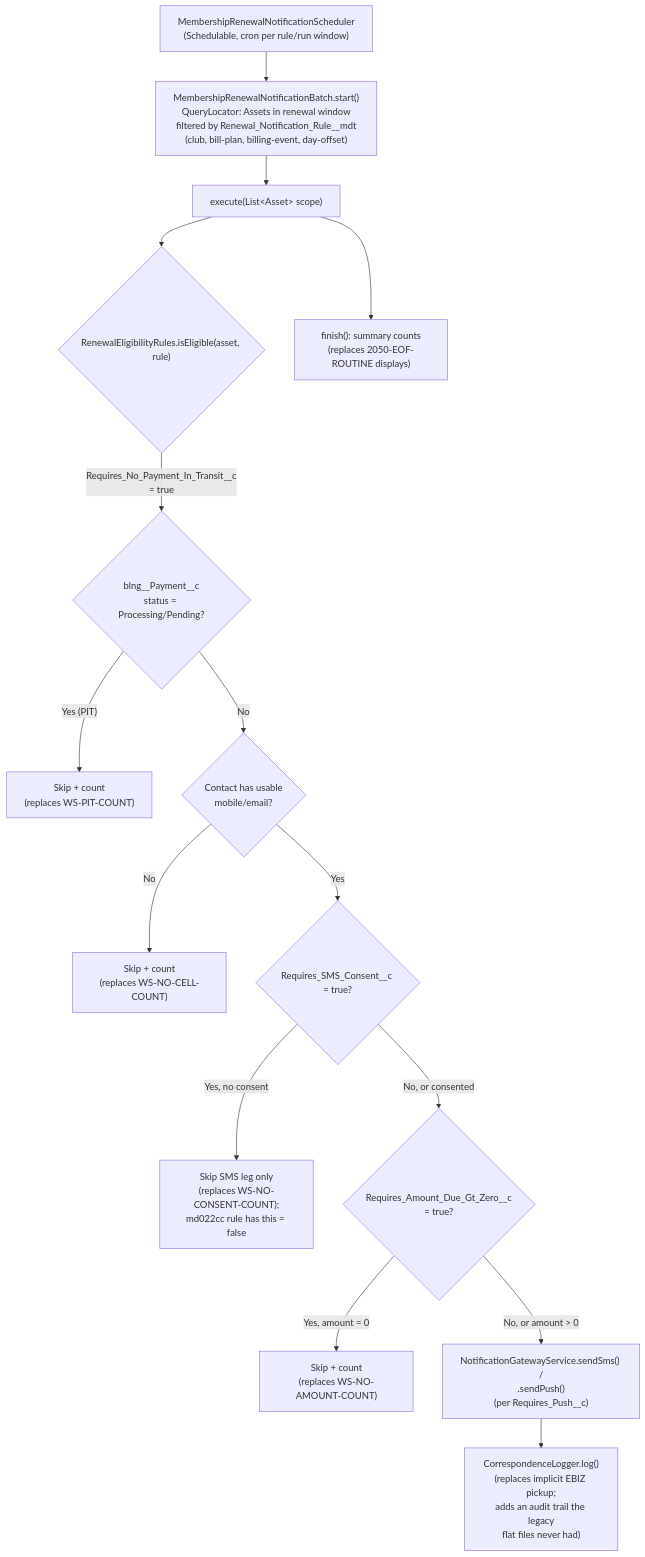
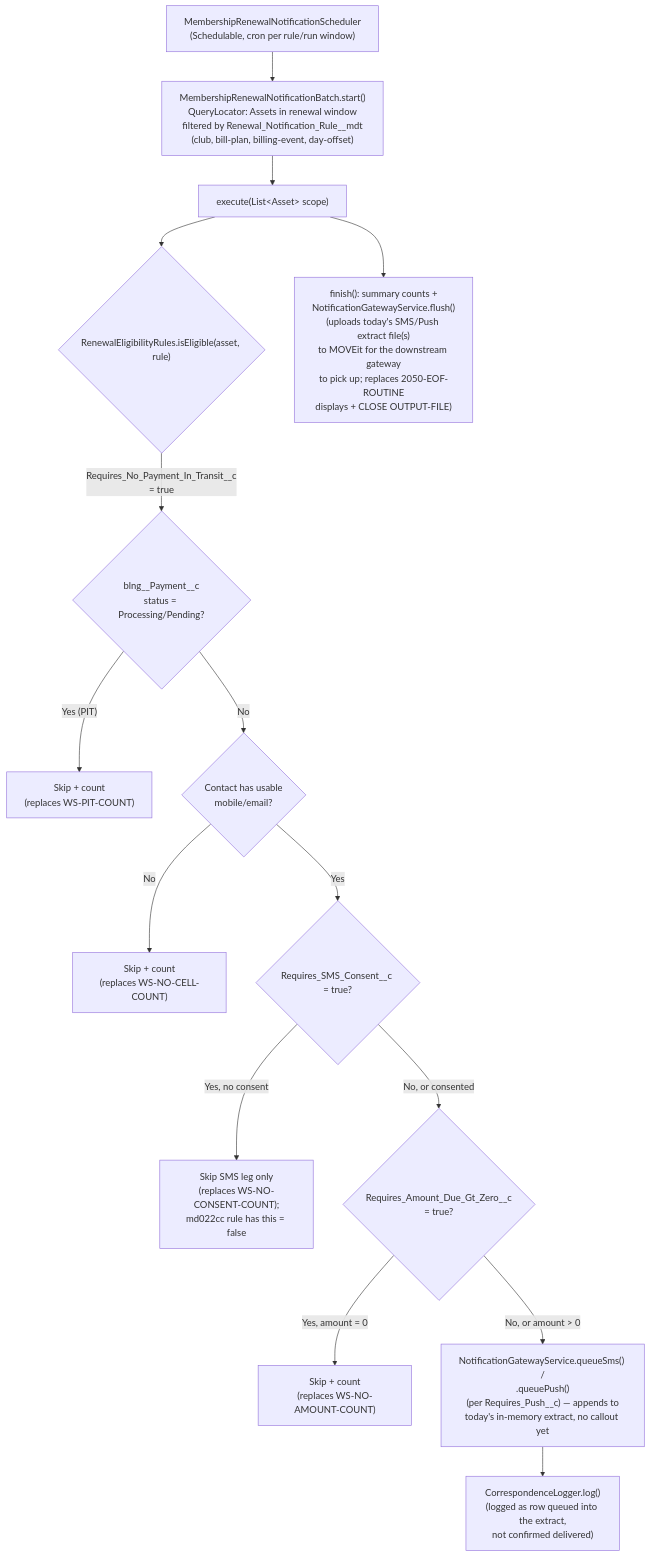
Before and after one commit to milliongetachew/AAA_EMAIL_SMS_BILL_REMINDER_CODE: the first of 4 diagrams in docs/salesforce-design/workflows.md, drawn with Mermaid. The commit also changed other lines of this file and 9 other files, not shown here.

````diff
--- a/docs/salesforce-design/workflows.md
+++ b/docs/salesforce-design/workflows.md
@@ -15,17 +15,17 @@
 ```mermaid
 flowchart TD
     A["MembershipRenewalNotificationScheduler\n(Schedulable, cron per rule/run window)"] --> B["MembershipRenewalNotificationBatch.start()\nQueryLocator: Assets in renewal window\nfiltered by Renewal_Notification_Rule__mdt\n(club, bill-plan, billing-event, day-offset)"]
     B --> C["execute(List&lt;Asset&gt; scope)"]
     C --> D{"RenewalEligibilityRules.isEligible(asset, rule)"}
     D -->|"Requires_No_Payment_In_Transit__c\n= true"| E{"blng__Payment__c\nstatus = Processing/Pending?"}
     E -->|"Yes (PIT)"| SKIP1["Skip + count\n(replaces WS-PIT-COUNT)"]
     E -->|"No"| F{"Contact has usable\nmobile/email?"}
     F -->|"No"| SKIP2["Skip + count\n(replaces WS-NO-CELL-COUNT)"]
     F -->|"Yes"| G{"Requires_SMS_Consent__c = true?"}
     G -->|"Yes, no consent"| SKIP3["Skip SMS leg only\n(replaces WS-NO-CONSENT-COUNT);\nmd022cc rule has this = false"]
     G -->|"No, or consented"| H{"Requires_Amount_Due_Gt_Zero__c\n= true?"}
     H -->|"Yes, amount = 0"| SKIP4["Skip + count\n(replaces WS-NO-AMOUNT-COUNT)"]
-    H -->|"No, or amount &gt; 0"| I["NotificationGatewayService.sendSms() /\n.sendPush()\n(per Requires_Push__c)"]
-    I --> J["CorrespondenceLogger.log()\n(replaces implicit EBIZ pickup;\nadds an audit trail the legacy\nflat files never had)"]
-    C --> K["finish(): summary counts\n(replaces 2050-EOF-ROUTINE displays)"]
+    H -->|"No, or amount &gt; 0"| I["NotificationGatewayService.queueSms() /\n.queuePush()\n(per Requires_Push__c) — appends to\ntoday's in-memory extract, no callout yet"]
+    I --> J["CorrespondenceLogger.log()\n(logged as row queued into the extract,\nnot confirmed delivered)"]
+    C --> K["finish(): summary counts +\nNotificationGatewayService.flush()\n(uploads today's SMS/Push extract file(s)\nto MOVEit for the downstream gateway\nto pick up; replaces 2050-EOF-ROUTINE\ndisplays + CLOSE OUTPUT-FILE)"]
 ```
````
